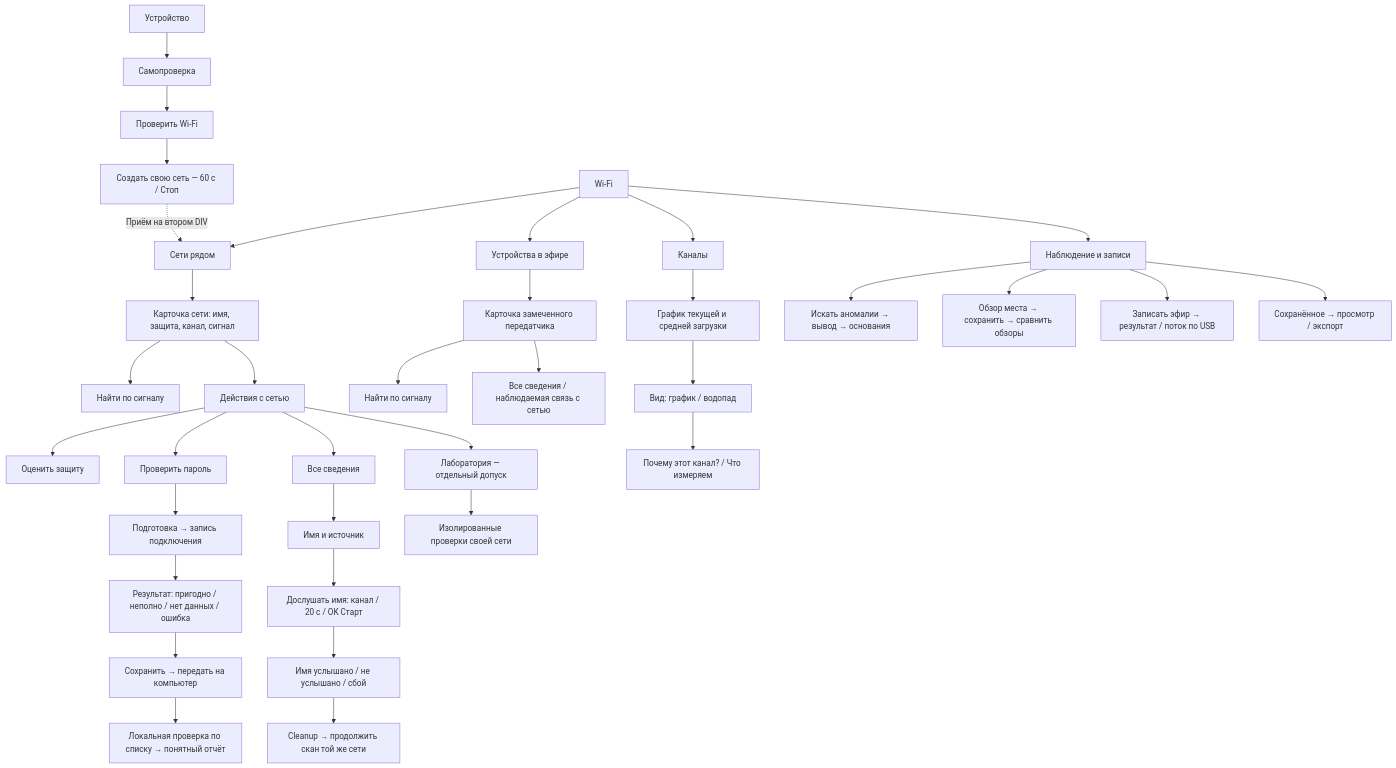
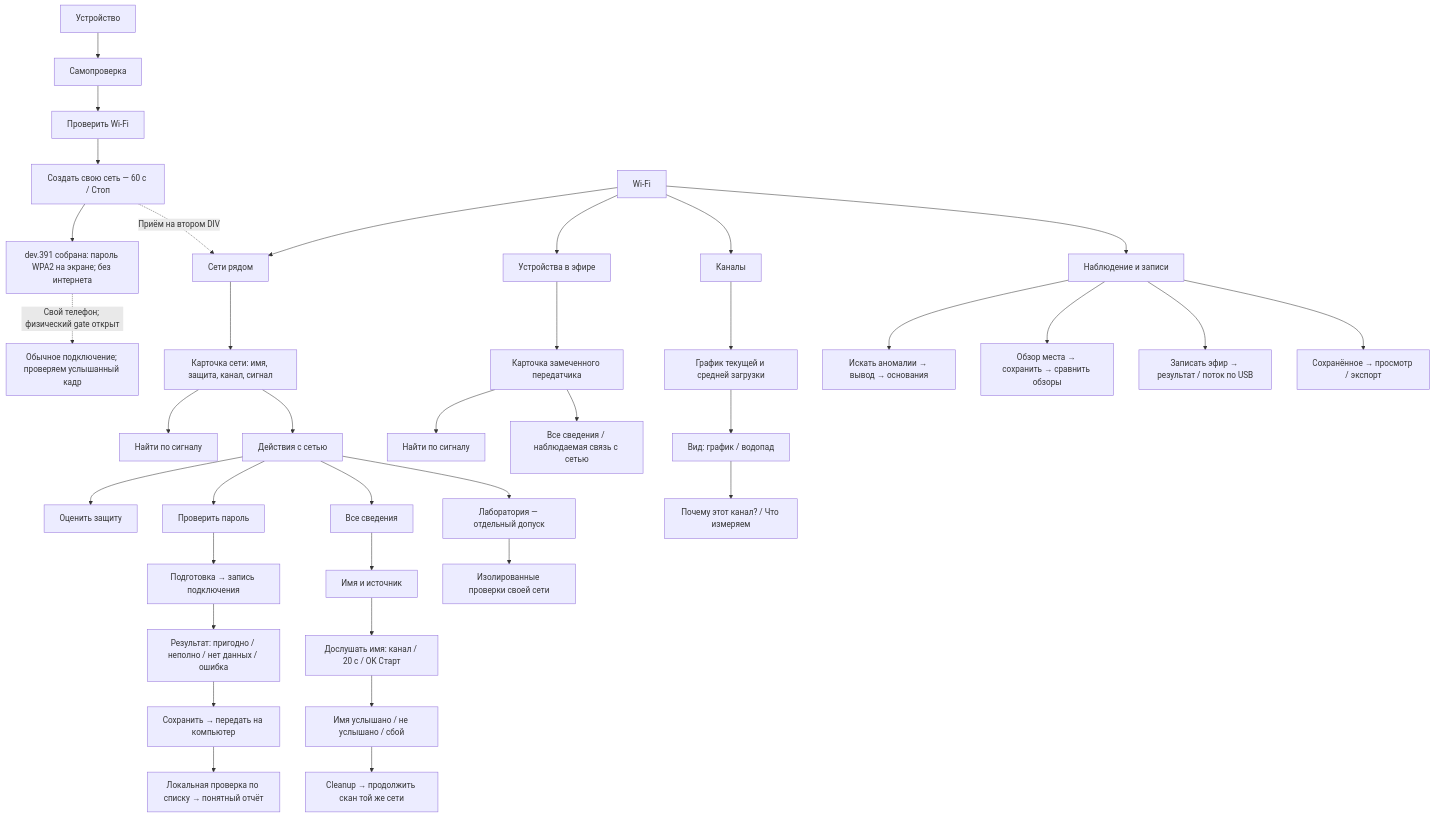
The diagram in docs/v1/WIFI_UX_MAP.ru.md (anton-vinogradov/esp32-leshy), drawn with Mermaid before and after one commit. The commit also changed other lines of this file and 14 other files, not shown here.

Commit message:
docs(wifi): retain dev391 deployment blocker and phone-test preparation

````diff
--- a/docs/v1/WIFI_UX_MAP.ru.md
+++ b/docs/v1/WIFI_UX_MAP.ru.md
@@ -67,36 +74,38 @@
 ```mermaid
 flowchart TD
     DEV["Устройство"] --> SELF["Самопроверка"] --> TEST["Проверить Wi-Fi"]
     TEST --> START["Создать свою сеть — 60 с / Стоп"]
+    START --> CREDENTIAL["dev.391 собрана: пароль WPA2 на экране; без интернета"]
+    CREDENTIAL -. "Свой телефон; физический gate открыт" .-> PHONE["Обычное подключение; проверяем услышанный кадр"]
     START -. "Приём на втором DIV" .-> N
     W["Wi-Fi"] --> N["Сети рядом"]
     W --> D["Устройства в эфире"]
     W --> C["Каналы"]
     W --> O["Наблюдение и записи"]
     N --> NC["Карточка сети: имя, защита, канал, сигнал"]
     NC --> NR["Найти по сигналу"]
     NC --> A["Действия с сетью"]
     A --> S["Оценить защиту"]
     A --> P["Проверить пароль"]
     A --> F["Все сведения"]
     A --> L["Лаборатория — отдельный допуск"]
     F --> H["Имя и источник"]
     H --> NL["Дослушать имя: канал / 20 с / OK Старт"]
     NL --> NE["Имя услышано / не услышано / сбой"]
     NE --> NS["Cleanup → продолжить скан той же сети"]
     P --> PR["Подготовка → запись подключения"]
     PR --> R["Результат: пригодно / неполно / нет данных / ошибка"]
     R --> X["Сохранить → передать на компьютер"]
     X --> PC["Локальная проверка по списку → понятный отчёт"]
     D --> DC["Карточка замеченного передатчика"]
     DC --> DR["Найти по сигналу"]
     DC --> DF["Все сведения / наблюдаемая связь с сетью"]
     C --> G["График текущей и средней загрузки"]
     G --> V["Вид: график / водопад"]
     V --> WHY["Почему этот канал? / Что измеряем"]
     O --> AN["Искать аномалии → вывод → основания"]
     O --> SU["Обзор места → сохранить → сравнить обзоры"]
     O --> CAP["Записать эфир → результат / поток по USB"]
     O --> LIB["Сохранённое → просмотр / экспорт"]
     L --> LAB["Изолированные проверки своей сети"]
 ```
````
